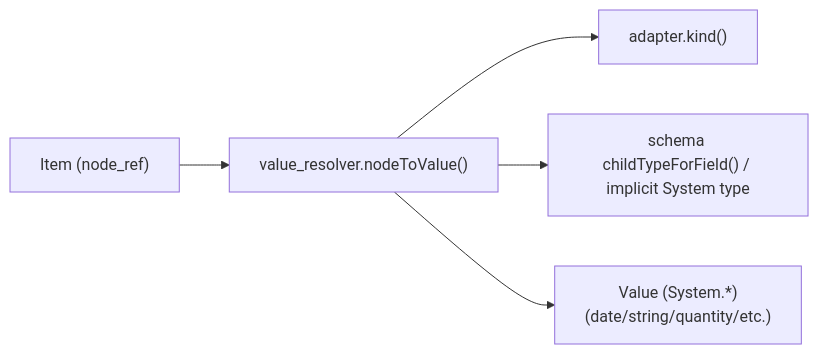
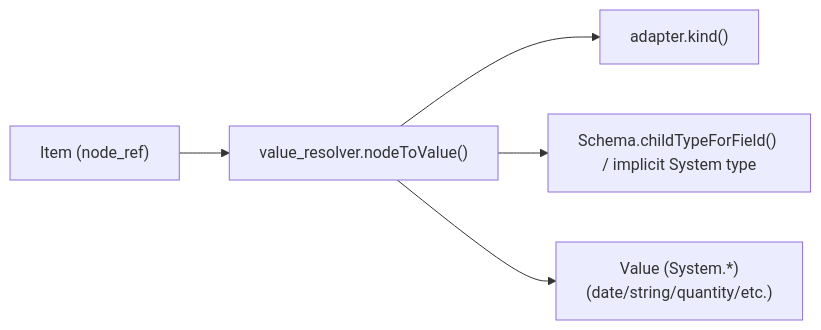
One commit to jmandel/fhirpath.zig changed the third of 3 diagrams in design.md. Above: the diagram before and after it, drawn with Mermaid.

Commit message:
docs: clarify schema lookup label

````diff
--- a/design.md
+++ b/design.md
@@ -1064,7 +1064,7 @@
 ```mermaid
 flowchart LR
   ItemNode["Item (node_ref)"] --> Resolver["value_resolver.nodeToValue()"]
   Resolver --> Kind["adapter.kind()"]
-  Resolver --> Schema["schema childTypeForField() / implicit System type"]
+  Resolver --> Schema["Schema.childTypeForField() / implicit System type"]
   Resolver --> Value["Value (System.*)\n(date/string/quantity/etc.)"]
 ```
````
